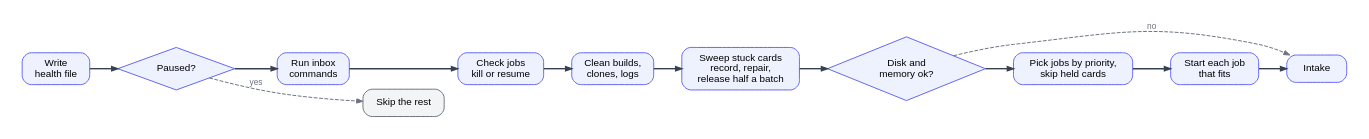
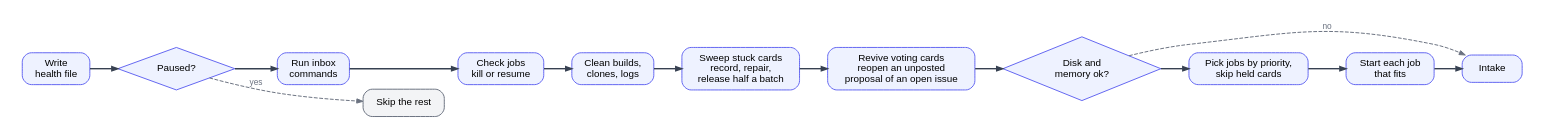
Before and after one commit to ROAM-game-org/road-machiners: the diagram in factory/docs/diagrams/tick.dot, drawn with Graphviz. The commit also changed 8 other files, not shown here.

First line of the commit message:
Keep the proposal of a closed voting issue closed, and show the revive step and the 60 an hour chat cap in the diagrams (#1002)

```diff
--- a/factory/docs/diagrams/tick.dot
+++ b/factory/docs/diagrams/tick.dot
@@ -1,15 +1,15 @@
 // One tick. Black: normal path. Grey: the tick skips steps. Intake runs last, so its failure never holds back a job.
 // The stuck sweep runs on the board the tick read, and its crash never holds back the jobs.
 digraph tick {
   rankdir=LR; nodesep=0.3; ranksep=0.5; bgcolor=white; pad=0.3;
   node [shape=box, style="rounded,filled", fillcolor="#eef2ff", color="#6366f1", fontname="Helvetica", fontsize=13, margin="0.15,0.1", penwidth=1.3, width=1.1];
   edge [color="#374151", penwidth=1.8, arrowsize=0.8, fontname="Helvetica", fontsize=11];
   H [label="Write\nhealth file"]; Q [label="Paused?", shape=diamond, style=filled, width=1.1]; IN [label="Run inbox\ncommands"];
   J [label="Check jobs\nkill or resume"]; K [label="Intake"]; CL [label="Clean builds,\nclones, logs"];
-  SW [label="Sweep stuck cards\nrecord, repair,\nrelease half a batch"];
+  SW [label="Sweep stuck cards\nrecord, repair,\nrelease half a batch"]; RV [label="Revive voting cards\nreopen an unposted\nproposal of an open issue"];
   DSK [label="Disk and\nmemory ok?", shape=diamond, style=filled, width=1.1]; PK [label="Pick jobs by priority,\nskip held cards"]; ST [label="Start each job\nthat fits"];
   STOP [label="Skip the rest", fillcolor="#f3f4f6", color="#6b7280"];
-  H -> Q -> IN -> J -> CL -> SW -> DSK -> PK -> ST -> K [weight=100];
+  H -> Q -> IN -> J -> CL -> SW -> RV -> DSK -> PK -> ST -> K [weight=100];
   edge [color="#6b7280", fontcolor="#6b7280", style=dashed, penwidth=1.3, weight=0];
   Q -> STOP [label="yes"]; DSK -> K [label="no"];
 }
```
